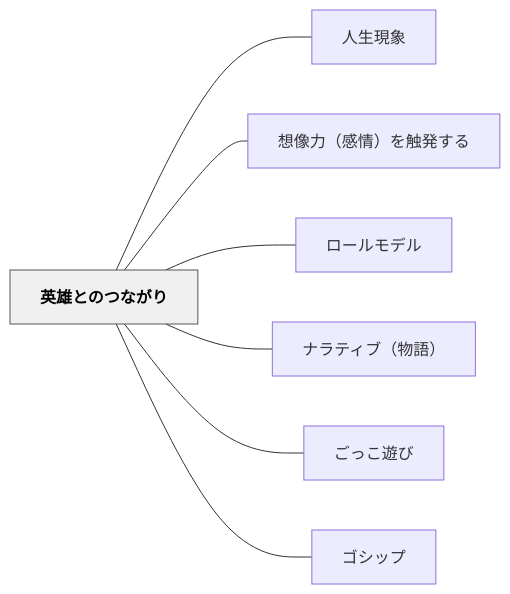
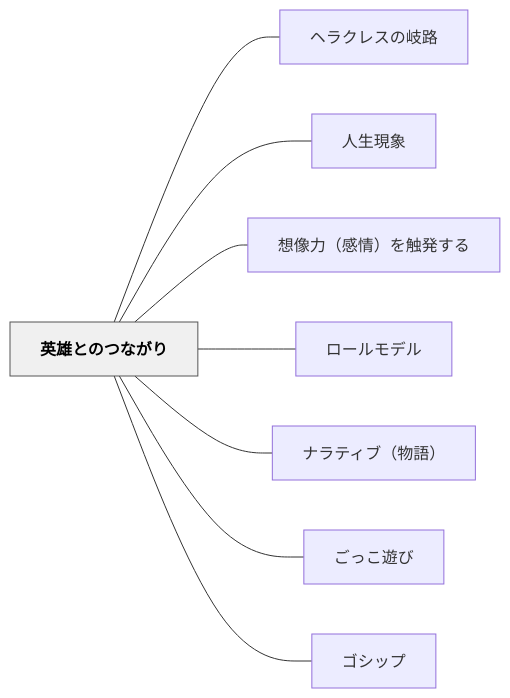
Before and after one commit to unknownthings-ed-patterns/unknownthings-ed-patterns: the diagram in content/パタン/英雄とのつながり.md, drawn with Mermaid. The commit also changed other lines of this file and 19 other files, not shown here.

````diff
--- a/content/パタン/英雄とのつながり.md
+++ b/content/パタン/英雄とのつながり.md
@@ -49,20 +50,22 @@
 ```mermaid
 flowchart LR
     ne88bb1e99b84e381a8e381aee381a4e381aae3818ce3828a["英雄とのつながり"]
+    ne38398e383a9e382afe383ace382b9e381aee5b290e8b7af["ヘラクレスの岐路"]
     ne4babae7949fe78fbee8b1a1["人生現象"]
     ne683b3e5838fe58a9befbc88e6849fe68385efbc89e38292e8a7a6e799bae38199e3828b["想像力（感情）を触発する"]
     ne383ade383bce383abe383a2e38387e383ab["ロールモデル"]
     ne3838ae383a9e38386e382a3e38396efbc88e789a9e8aa9eefbc89["ナラティブ（物語）"]
     ne38194e381a3e38193e9818ae381b3["ごっこ遊び"]
     ne382b4e382b7e38383e38397["ゴシップ"]
 
+    ne88bb1e99b84e381a8e381aee381a4e381aae3818ce3828a --- ne38398e383a9e382afe383ace382b9e381aee5b290e8b7af
     ne88bb1e99b84e381a8e381aee381a4e381aae3818ce3828a --- ne4babae7949fe78fbee8b1a1
     ne88bb1e99b84e381a8e381aee381a4e381aae3818ce3828a --- ne683b3e5838fe58a9befbc88e6849fe68385efbc89e38292e8a7a6e799bae38199e3828b
     ne88bb1e99b84e381a8e381aee381a4e381aae3818ce3828a --- ne383ade383bce383abe383a2e38387e383ab
     ne88bb1e99b84e381a8e381aee381a4e381aae3818ce3828a --- ne3838ae383a9e38386e382a3e38396efbc88e789a9e8aa9eefbc89
     ne88bb1e99b84e381a8e381aee381a4e381aae3818ce3828a --- ne38194e381a3e38193e9818ae381b3
     ne88bb1e99b84e381a8e381aee381a4e381aae3818ce3828a --- ne382b4e382b7e38383e38397
 
     classDef hub fill:#f0f0f0,stroke:#555,color:#000,font-weight:bold
     class ne88bb1e99b84e381a8e381aee381a4e381aae3818ce3828a hub
 ```
````
